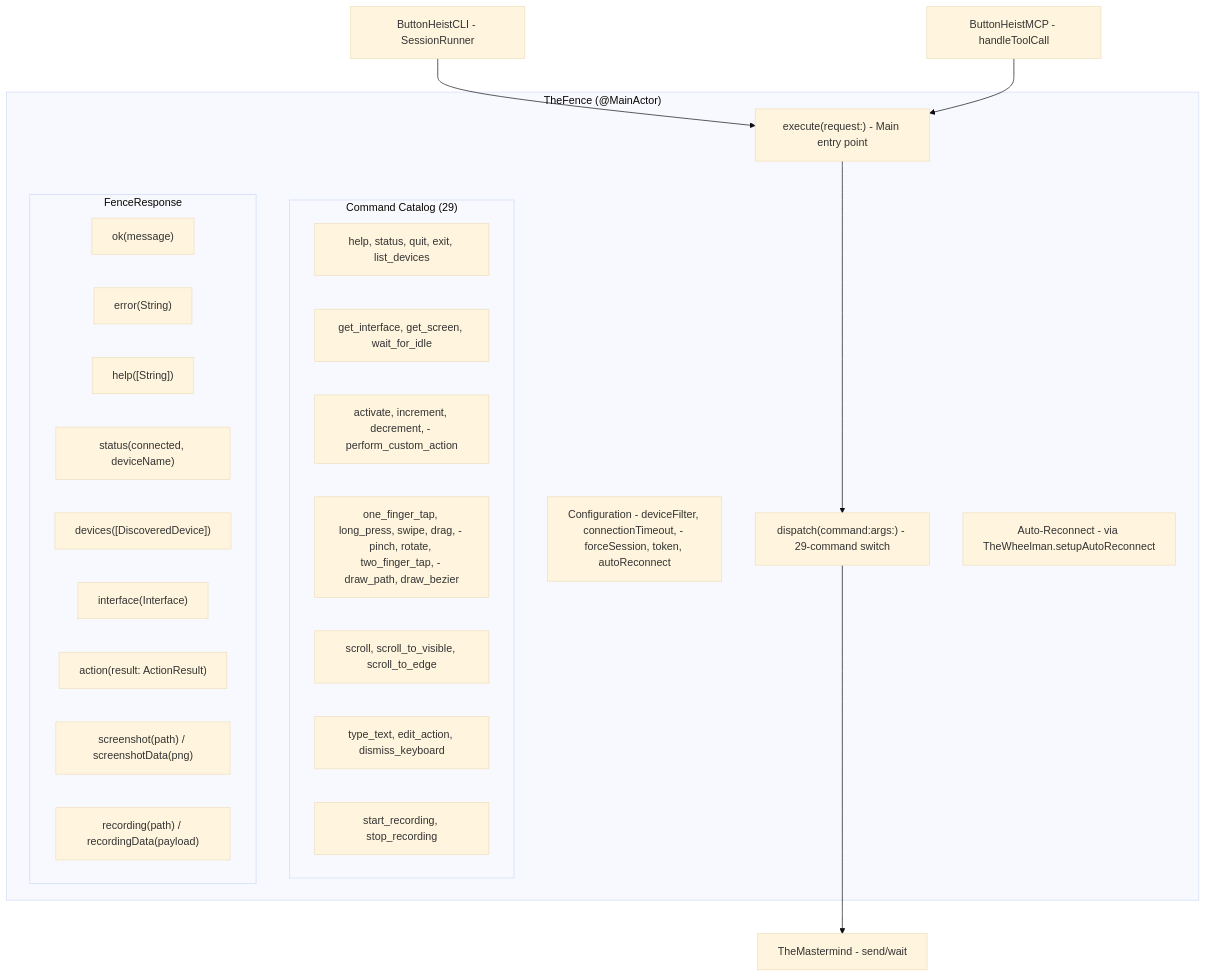
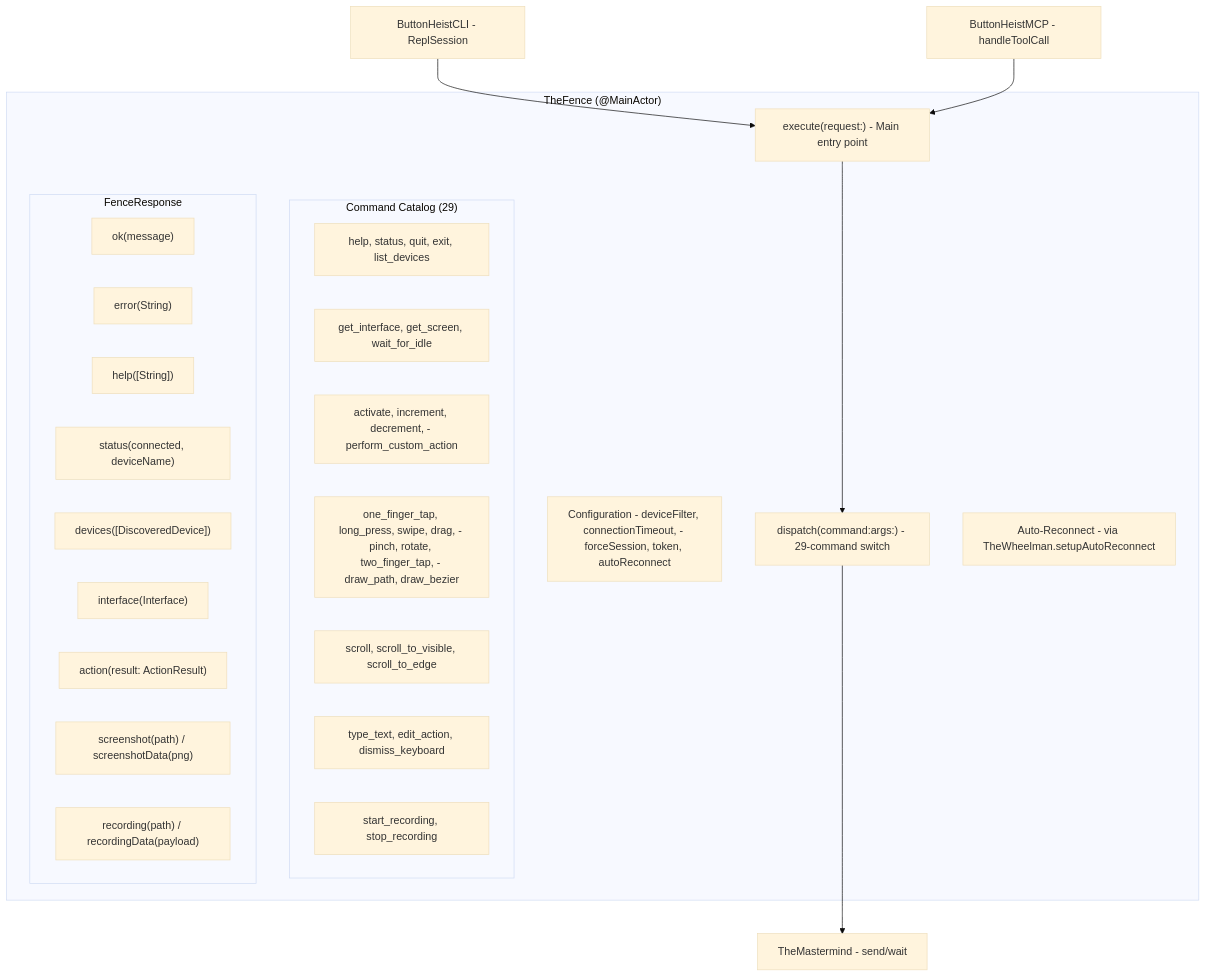
One commit to RoyalPineapple/TheButtonHeist changed the first of 3 diagrams in docs/dossiers/10-THEFENCE.md. Above: the diagram before and after it, drawn with Mermaid (base theme). The commit also changed 6 other files, not shown here.

First line of the commit message:
Add human-friendly CLI session REPL with plain-text commands

````diff
--- a/docs/dossiers/10-THEFENCE.md
+++ b/docs/dossiers/10-THEFENCE.md
@@ -20,36 +20,36 @@
 ```mermaid
 graph TD
     subgraph TheFence["TheFence (@MainActor)"]
         Config["Configuration - deviceFilter, connectionTimeout, - forceSession, token, autoReconnect"]
         Execute["execute(request:) - Main entry point"]
         Dispatch["dispatch(command:args:) - 29-command switch"]
         Reconnect["Auto-Reconnect - via TheWheelman.setupAutoReconnect"]
 
         subgraph Commands["Command Catalog (29)"]
             Conn["help, status, quit, exit, list_devices"]
             IF["get_interface, get_screen, wait_for_idle"]
             Access["activate, increment, decrement, - perform_custom_action"]
             Gesture["one_finger_tap, long_press, swipe, drag, - pinch, rotate, two_finger_tap, - draw_path, draw_bezier"]
             Scroll["scroll, scroll_to_visible, scroll_to_edge"]
             Text["type_text, edit_action, dismiss_keyboard"]
             Rec["start_recording, stop_recording"]
         end
 
         subgraph Response["FenceResponse"]
             Ok["ok(message)"]
             Err["error(String)"]
             Help["help([String])"]
             Status["status(connected, deviceName)"]
             DevList["devices([DiscoveredDevice])"]
             IFResp["interface(Interface)"]
             Action["action(result: ActionResult)"]
             Screenshot["screenshot(path) / screenshotData(png)"]
             Recording["recording(path) / recordingData(payload)"]
         end
     end
 
-    CLI["ButtonHeistCLI - SessionRunner"] --> Execute
+    CLI["ButtonHeistCLI - ReplSession"] --> Execute
     MCP["ButtonHeistMCP - handleToolCall"] --> Execute
     Execute --> Dispatch
     Dispatch --> Client["TheMastermind - send/wait"]
 ```
````
